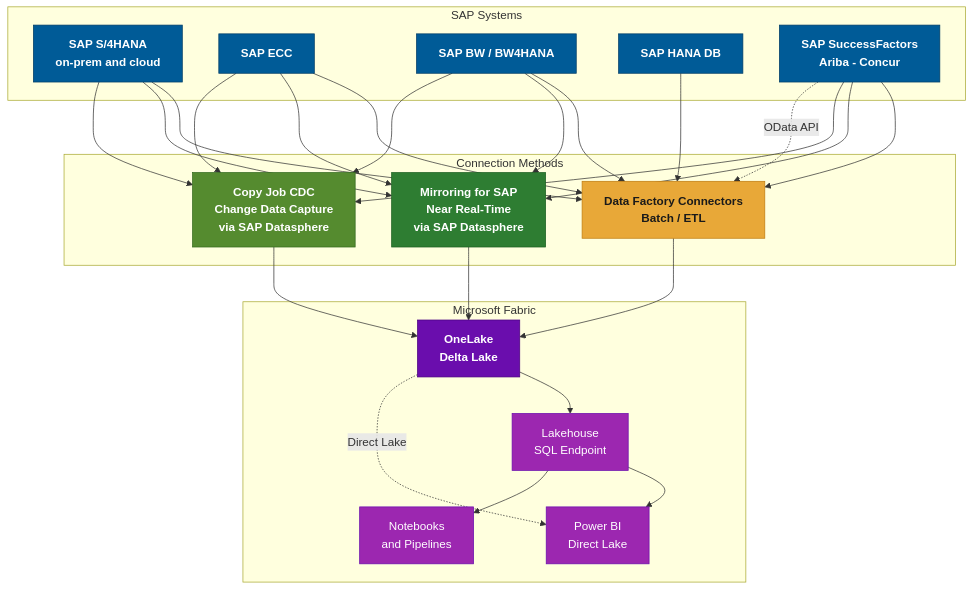
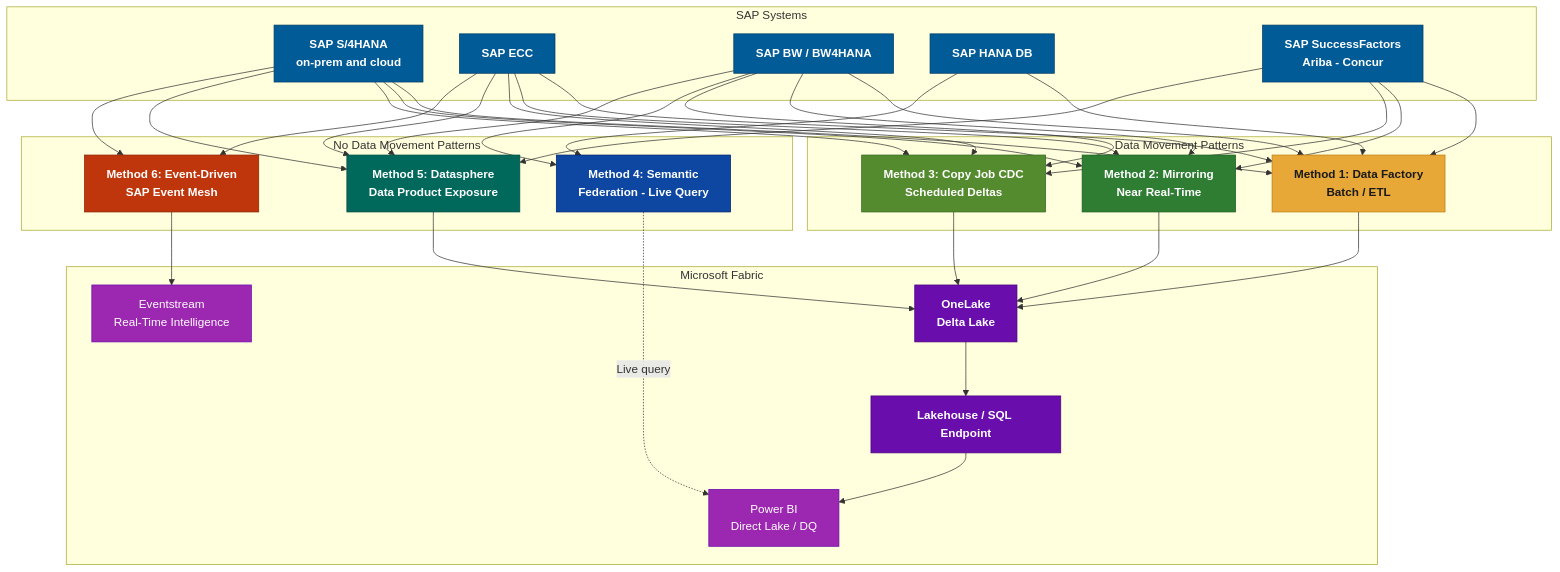
One commit to fredgis/fabric-foundry-kb changed the first of 8 diagrams in SAP_Fabric_Connectivity.md. Above: the diagram before and after it, drawn with Mermaid. The commit also changed other lines of this file and 1 other file, not shown here.

First line of the commit message:
SAP guide: 6 methods including no-data-movement patterns

````diff
--- a/SAP_Fabric_Connectivity.md
+++ b/SAP_Fabric_Connectivity.md
@@ -14,50 +14,65 @@
 ```mermaid
 graph TD
     subgraph SAP["SAP Systems"]
         S1[SAP S/4HANA<br/>on-prem and cloud]
         S2[SAP ECC]
         S3[SAP BW / BW4HANA]
         S4[SAP HANA DB]
         S5[SAP SuccessFactors<br/>Ariba - Concur]
     end
 
-    subgraph Methods["Connection Methods"]
-        M1[Data Factory Connectors<br/>Batch / ETL]
-        M2[Mirroring for SAP<br/>Near Real-Time<br/>via SAP Datasphere]
-        M3[Copy Job CDC<br/>Change Data Capture<br/>via SAP Datasphere]
+    subgraph DataMov["Data Movement Patterns"]
+        M1[Method 1: Data Factory<br/>Batch / ETL]
+        M2[Method 2: Mirroring<br/>Near Real-Time]
+        M3[Method 3: Copy Job CDC<br/>Scheduled Deltas]
+    end
+
+    subgraph NoMov["No Data Movement Patterns"]
+        M4[Method 4: Semantic<br/>Federation - Live Query]
+        M5[Method 5: Datasphere<br/>Data Product Exposure]
+        M6[Method 6: Event-Driven<br/>SAP Event Mesh]
     end
 
     subgraph Fabric["Microsoft Fabric"]
         F1[OneLake<br/>Delta Lake]
-        F2[Lakehouse<br/>SQL Endpoint]
-        F3[Power BI<br/>Direct Lake]
-        F4[Notebooks<br/>and Pipelines]
+        F2[Lakehouse / SQL Endpoint]
+        F3[Power BI<br/>Direct Lake / DQ]
+        F4[Eventstream<br/>Real-Time Intelligence]
     end
 
     S1 & S2 & S3 & S4 & S5 --> M1
     S1 & S2 & S3 & S5 --> M2
     S1 & S2 & S3 & S5 --> M3
-    S5 -.->|OData API| M1
+    S3 & S4 --> M4
+    S1 & S2 & S3 & S5 --> M5
+    S1 & S2 --> M6
 
     M1 --> F1
     M2 --> F1
     M3 --> F1
+    M4 -.->|Live query| F3
+    M5 --> F1
+    M6 --> F4
     F1 --> F2
     F2 --> F3
-    F2 --> F4
-    F1 -.->|Direct Lake| F3
 
     classDef sapStyle fill:#005B97,stroke:#003D66,color:#ffffff,font-weight:bold
     classDef methodBatch fill:#E8A838,stroke:#C07C10,color:#1a1a1a,font-weight:bold
     classDef methodMirror fill:#2E7D32,stroke:#1B5E20,color:#ffffff,font-weight:bold
     classDef methodCDC fill:#558B2F,stroke:#33691E,color:#ffffff,font-weight:bold
+    classDef methodFed fill:#0D47A1,stroke:#002171,color:#ffffff,font-weight:bold
+    classDef methodDP fill:#00695C,stroke:#004D40,color:#ffffff,font-weight:bold
+    classDef methodEvt fill:#BF360C,stroke:#8C2300,color:#ffffff,font-weight:bold
     classDef fabricCore fill:#6A0DAD,stroke:#4A0080,color:#ffffff,font-weight:bold
     classDef fabricEnd fill:#9C27B0,stroke:#6A0DAD,color:#ffffff
 
     class S1,S2,S3,S4,S5 sapStyle
     class M1 methodBatch
     class M2 methodMirror
     class M3 methodCDC
-    class F1 fabricCore
-    class F2,F3,F4 fabricEnd
+    class M4 methodFed
+    class M5 methodDP
+    class M6 methodEvt
+    class F1,F2 fabricCore
+    class F3,F4 fabricEnd
 ```
````
